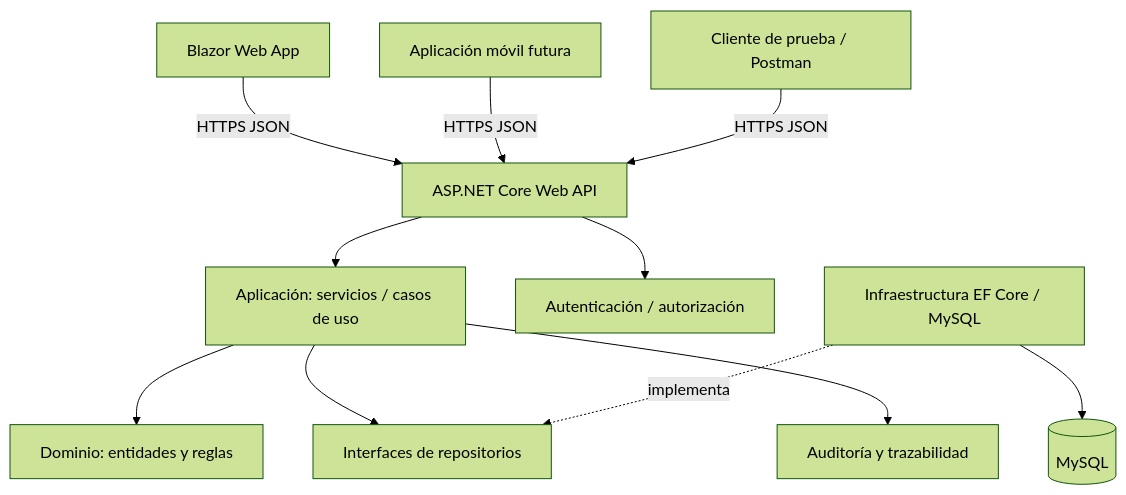
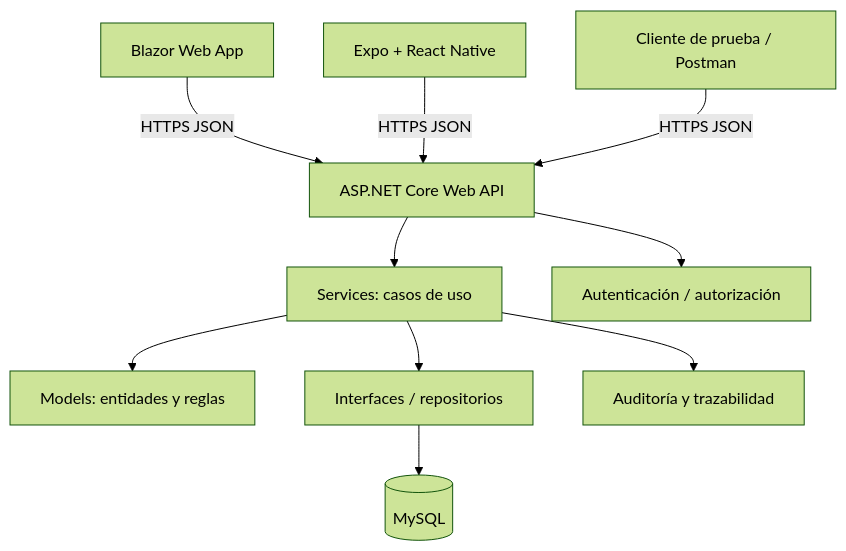
The diagram in docs/04-tecnica/ARCHITECTURE.md (JMGProgrammer/Obligatorio-DYDA-2026), drawn with Mermaid (forest theme) before and after one commit. The commit also changed other lines of this file and 46 other files, not shown here.

````diff
--- a/docs/04-tecnica/ARCHITECTURE.md
+++ b/docs/04-tecnica/ARCHITECTURE.md
@@ -11,13 +11,12 @@
 ```mermaid
 flowchart TB
   W[Blazor Web App] -->|HTTPS JSON| API[ASP.NET Core Web API]
-  MOB[Aplicación móvil futura] -->|HTTPS JSON| API
+  MOB[Expo + React Native] -->|HTTPS JSON| API
   TEST[Cliente de prueba / Postman] -->|HTTPS JSON| API
-  API --> APP[Aplicación: servicios / casos de uso]
-  APP --> DOMAIN[Dominio: entidades y reglas]
+  API --> APP[Services: casos de uso]
+  APP --> DOMAIN[Models: entidades y reglas]
   API --> AUTH[Autenticación / autorización]
-  APP --> PORT[Interfaces de repositorios]
-  INFRA[Infraestructura EF Core / MySQL] -. implementa .-> PORT
-  INFRA --> DB[(MySQL)]
+  APP --> PORT[Interfaces / repositorios]
+  PORT --> DB[(MySQL)]
   APP --> AUD[Auditoría y trazabilidad]
 ```
````
